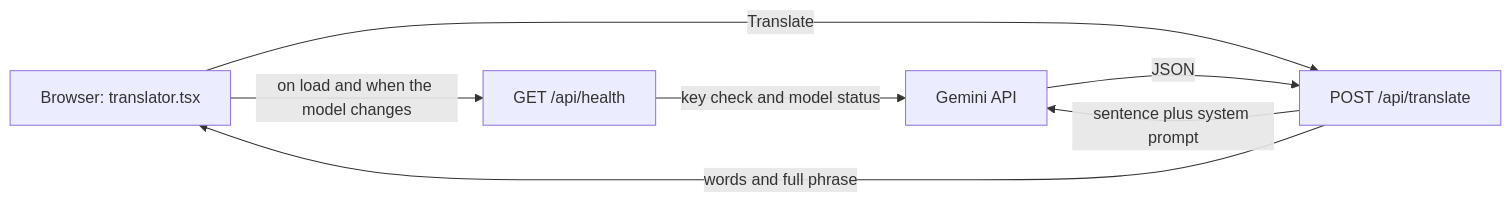
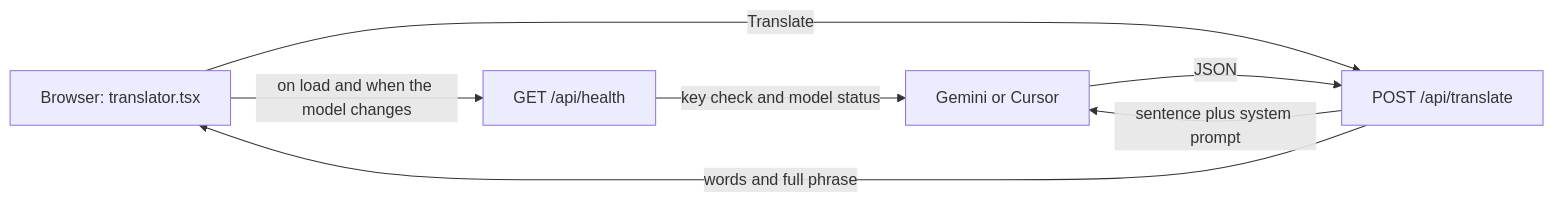
The diagram in nextjs/README.md (tkhoma-dev/translator), drawn with Mermaid before and after one commit. The commit also changed other lines of this file and 8 other files, not shown here.

````diff
--- a/nextjs/README.md
+++ b/nextjs/README.md
@@ -30,13 +31,13 @@
 ```mermaid
 flowchart LR
   browser[Browser: translator.tsx]
   health["GET /api/health"]
   translate["POST /api/translate"]
-  gemini[Gemini API]
+  provider[Gemini or Cursor]
   browser -->|on load and when the model changes| health
-  health -->|key check and model status| gemini
+  health -->|key check and model status| provider
   browser -->|Translate| translate
-  translate -->|sentence plus system prompt| gemini
-  gemini -->|JSON| translate
+  translate -->|sentence plus system prompt| provider
+  provider -->|JSON| translate
   translate -->|words and full phrase| browser
 ```
````
